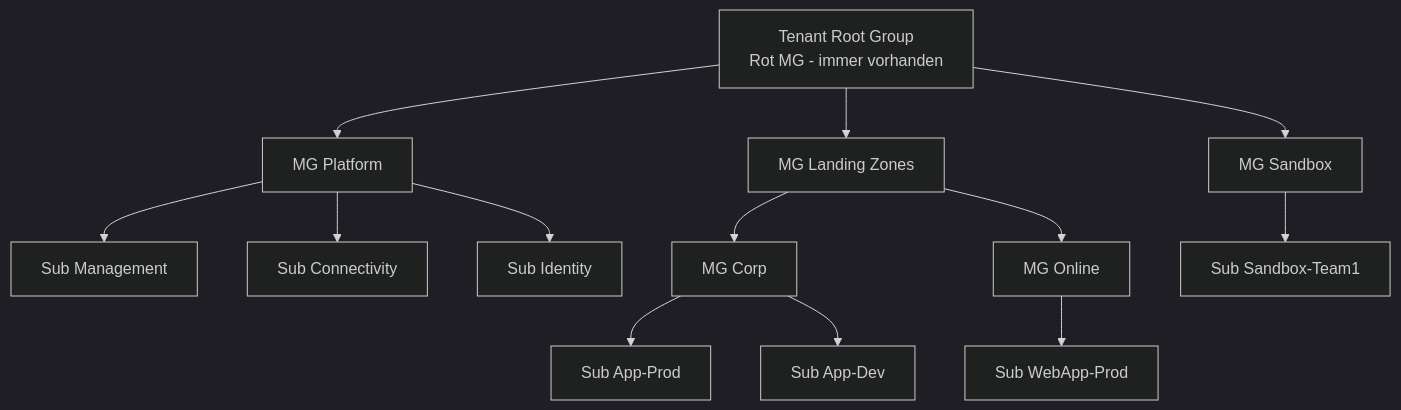
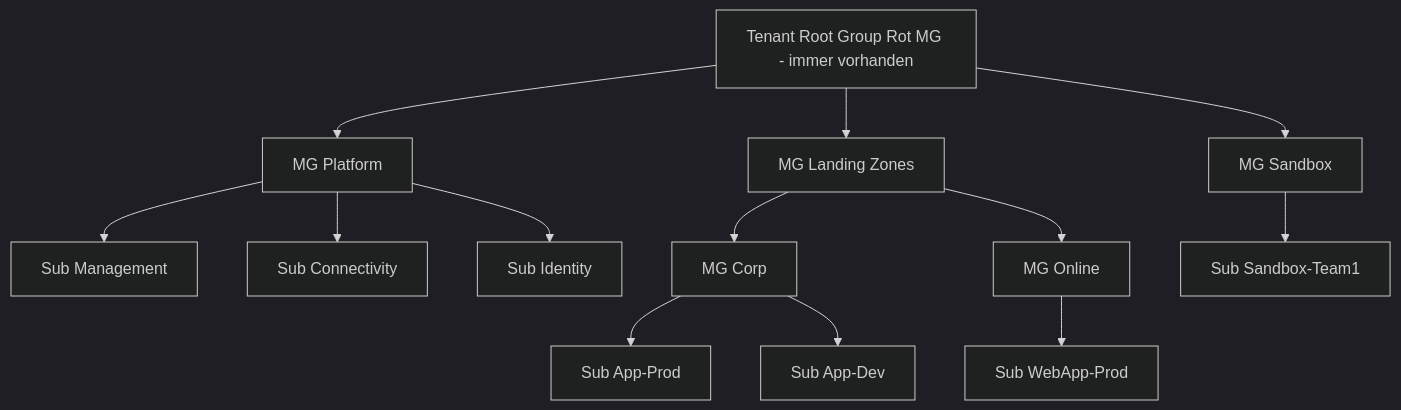
One commit to SoniiiT/notes-n-docs changed the second of 3 diagrams in Microsoft 365/Azure/Grundlagen/Subscriptions und Management Groups.md. Above: the diagram before and after it, drawn with Mermaid (dark theme). The commit also changed other lines of this file and 124 other files, not shown here.

First line of the commit message:
fix: Entferne \n aus allen Mermaid-Diagrammen (125 Dateien)

````diff
--- a/Microsoft 365/Azure/Grundlagen/Subscriptions und Management Groups.md
+++ b/Microsoft 365/Azure/Grundlagen/Subscriptions und Management Groups.md
@@ -72,16 +72,16 @@
 ```mermaid
 graph TD
-    ROOT[Tenant Root Group\nRot MG - immer vorhanden]
+    ROOT[Tenant Root Group Rot MG - immer vorhanden]
     ROOT --> PLATFORM[MG Platform]
     ROOT --> LANDINGZONES[MG Landing Zones]
     ROOT --> SANDBOX[MG Sandbox]
     PLATFORM --> MGMT[Sub Management]
     PLATFORM --> CONN[Sub Connectivity]
     PLATFORM --> IDENT[Sub Identity]
     LANDINGZONES --> CORP[MG Corp]
     LANDINGZONES --> ONLINE[MG Online]
     CORP --> PROD[Sub App-Prod]
     CORP --> DEV[Sub App-Dev]
     ONLINE --> WEB[Sub WebApp-Prod]
     SANDBOX --> SAND1[Sub Sandbox-Team1]
 ```
````
